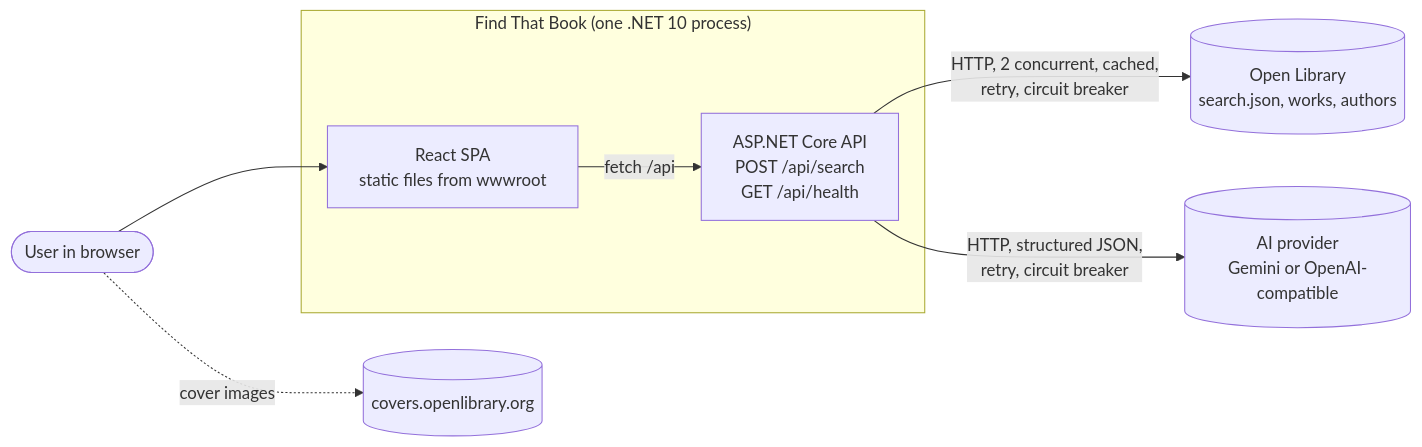
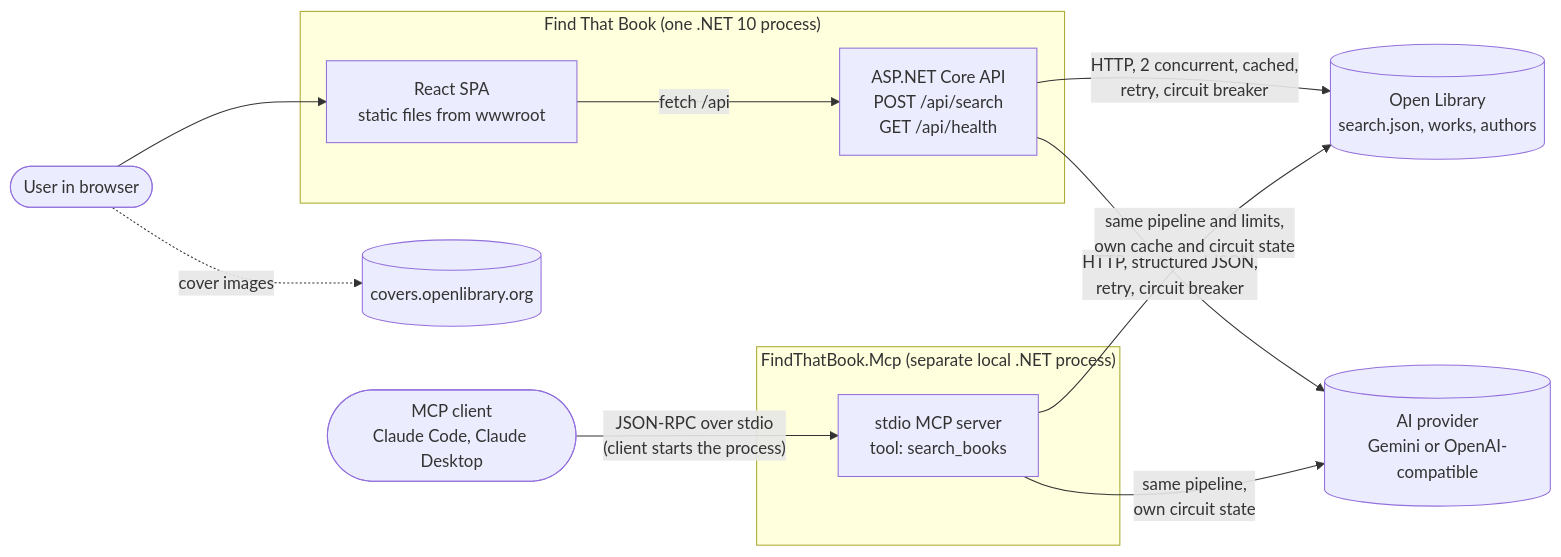
Before and after one commit to juan-alvarez-at-trip-arc/find-that-book: the diagram in docs/architecture/01-system-context.md, drawn with Mermaid. The commit also changed other lines of this file and 20 other files, not shown here.

First line of the commit message:
feat: add a stdio MCP server with the search_books tool

````diff
--- a/docs/architecture/01-system-context.md
+++ b/docs/architecture/01-system-context.md
@@ -3,17 +3,24 @@
 ```mermaid
 flowchart LR
     user([User in browser])
     subgraph app["Find That Book (one .NET 10 process)"]
         ui["React SPA<br/>static files from wwwroot"]
         api["ASP.NET Core API<br/>POST /api/search<br/>GET /api/health"]
     end
+    client([MCP client<br/>Claude Code, Claude Desktop])
+    subgraph mcp["FindThatBook.Mcp (separate local .NET process)"]
+        tool["stdio MCP server<br/>tool: search_books"]
+    end
     ol[("Open Library<br/>search.json, works, authors")]
     covers[("covers.openlibrary.org")]
     ai[("AI provider<br/>Gemini or OpenAI-compatible")]
 
     user --> ui
     ui -- "fetch /api" --> api
+    client -- "JSON-RPC over stdio<br/>(client starts the process)" --> tool
     api -- "HTTP, 2 concurrent, cached,<br/>retry, circuit breaker" --> ol
     api -- "HTTP, structured JSON,<br/>retry, circuit breaker" --> ai
+    tool -- "same pipeline and limits,<br/>own cache and circuit state" --> ol
+    tool -- "same pipeline,<br/>own circuit state" --> ai
     user -. "cover images" .-> covers
 ```
````
